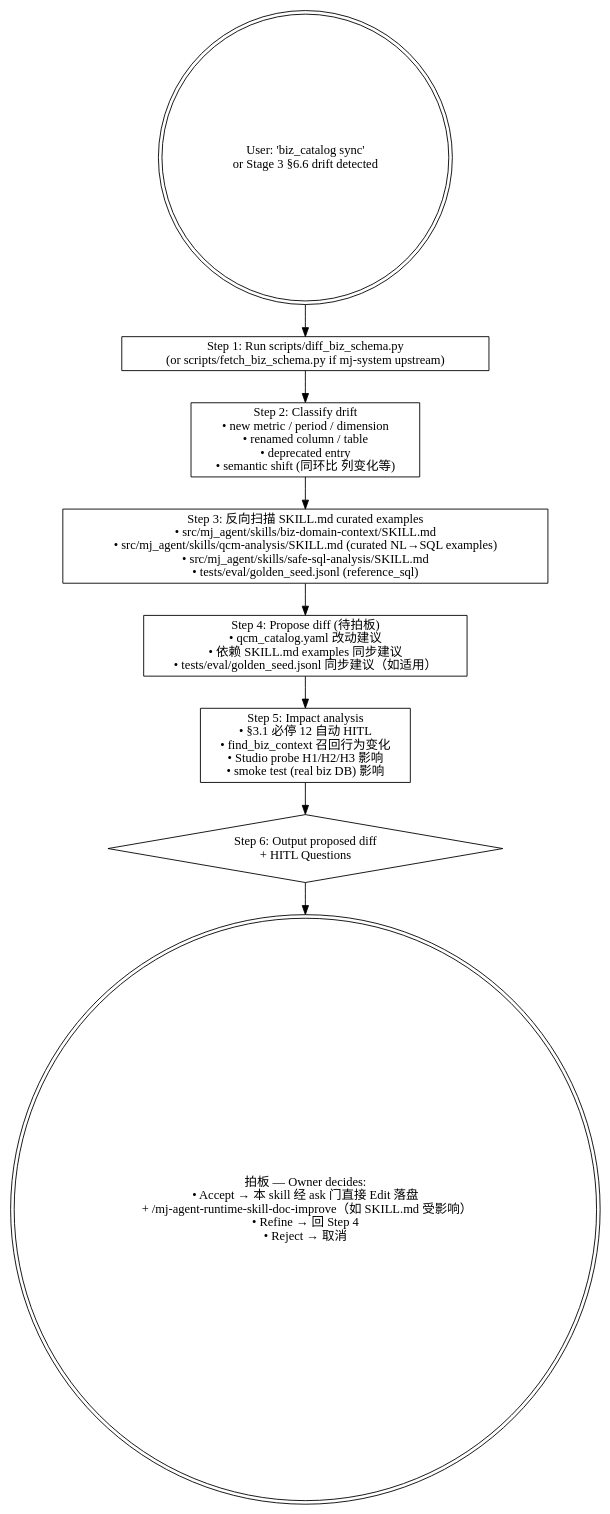
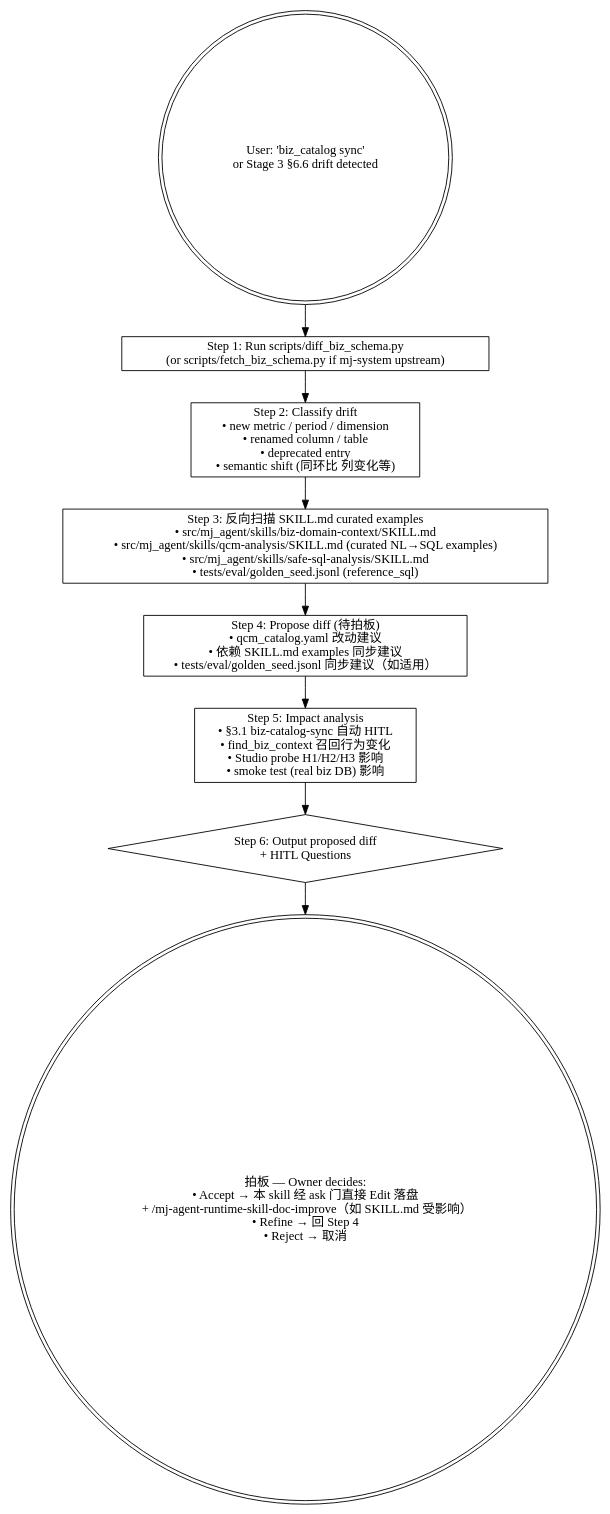
One commit to MJ-AgentLab/mj-agent changed the diagram in .claude/skills/mj-agent-runtime-biz-catalog-sync/SKILL.md. Above: the diagram before and after it, drawn with Graphviz. The commit also changed other lines of this file and 20 other files, not shown here.

````diff
--- a/.claude/skills/mj-agent-runtime-biz-catalog-sync/SKILL.md
+++ b/.claude/skills/mj-agent-runtime-biz-catalog-sync/SKILL.md
@@ -45,22 +45,22 @@
 ```dot
 digraph sync {
   rankdir=TB;
   start [label="User: 'biz_catalog sync'\nor Stage 3 §6.6 drift detected" shape=doublecircle];
 
   s1 [label="Step 1: Run scripts/diff_biz_schema.py\n(or scripts/fetch_biz_schema.py if mj-system upstream)" shape=box];
 
   s2 [label="Step 2: Classify drift\n• new metric / period / dimension\n• renamed column / table\n• deprecated entry\n• semantic shift (同环比 列变化等)" shape=box];
 
   s3 [label="Step 3: 反向扫描 SKILL.md curated examples\n• src/mj_agent/skills/biz-domain-context/SKILL.md\n• src/mj_agent/skills/qcm-analysis/SKILL.md (curated NL→SQL examples)\n• src/mj_agent/skills/safe-sql-analysis/SKILL.md\n• tests/eval/golden_seed.jsonl (reference_sql)" shape=box];
 
   s4 [label="Step 4: Propose diff (待拍板)\n• qcm_catalog.yaml 改动建议\n• 依赖 SKILL.md examples 同步建议\n• tests/eval/golden_seed.jsonl 同步建议（如适用）" shape=box];
 
-  s5 [label="Step 5: Impact analysis\n• §3.1 必停 12 自动 HITL\n• find_biz_context 召回行为变化\n• Studio probe H1/H2/H3 影响\n• smoke test (real biz DB) 影响" shape=box];
+  s5 [label="Step 5: Impact analysis\n• §3.1 biz-catalog-sync 自动 HITL\n• find_biz_context 召回行为变化\n• Studio probe H1/H2/H3 影响\n• smoke test (real biz DB) 影响" shape=box];
 
   s6 [label="Step 6: Output proposed diff\n+ HITL Questions" shape=diamond];
 
   hitl [label="拍板 — Owner decides:\n• Accept → 本 skill 经 ask 门直接 Edit 落盘\n  + /mj-agent-runtime-skill-doc-improve（如 SKILL.md 受影响）\n• Refine → 回 Step 4\n• Reject → 取消" shape=doublecircle];
 
   start -> s1 -> s2 -> s3 -> s4 -> s5 -> s6 -> hitl;
 }
 ```
````
